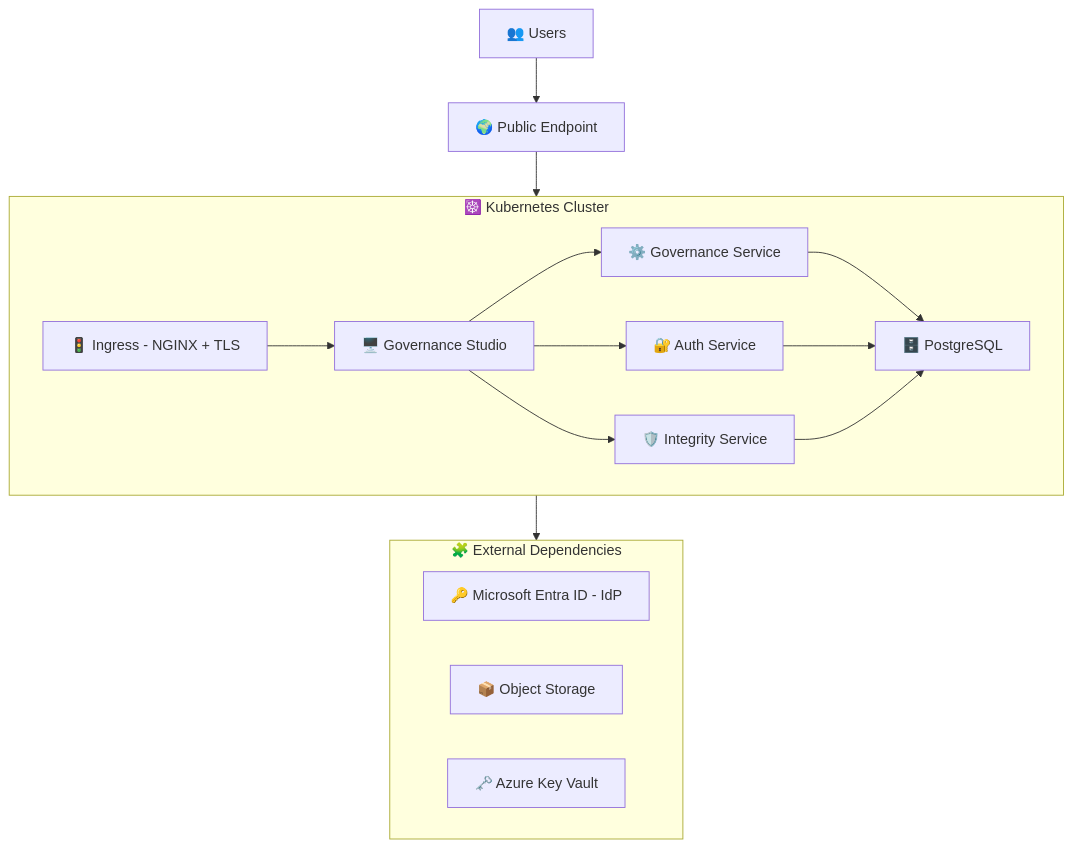
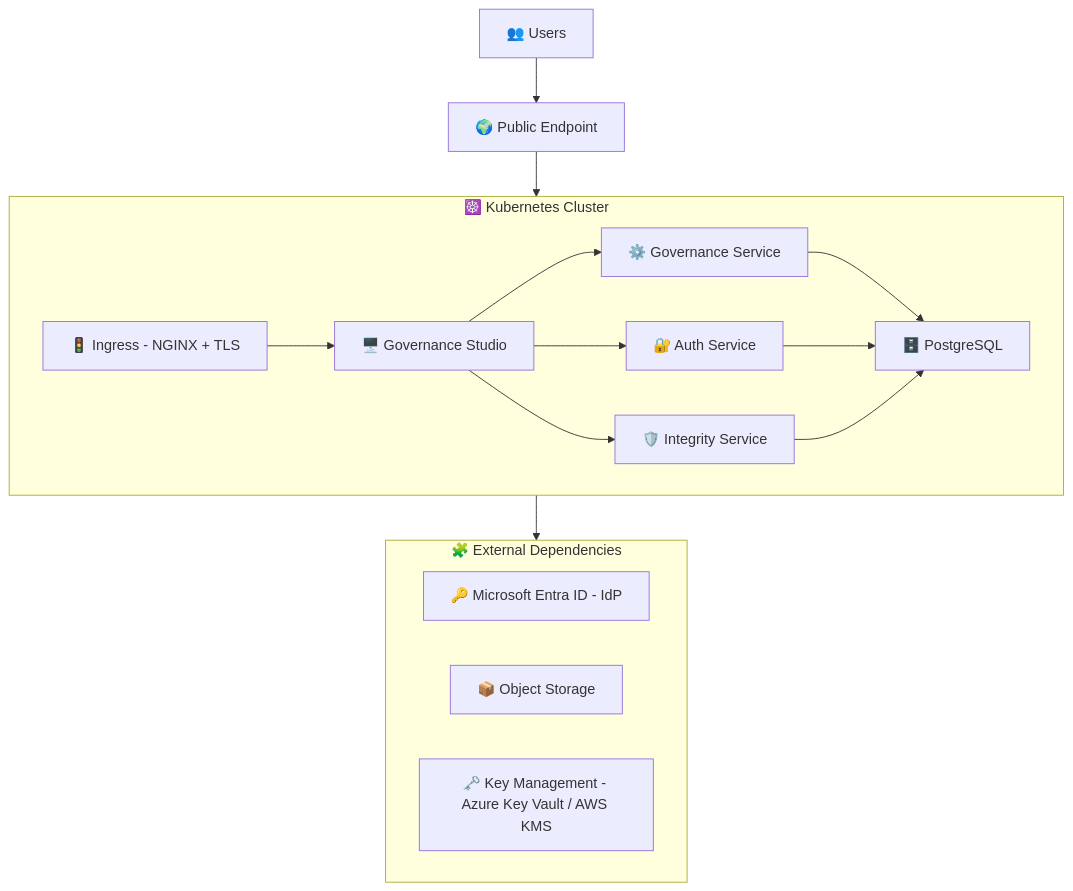
The diagram in docs/deployment-guide-entra.md (eqtylab/deployment), drawn with Mermaid before and after one commit. The commit also changed other lines of this file and 35 other files, not shown here.

````diff
--- a/docs/deployment-guide-entra.md
+++ b/docs/deployment-guide-entra.md
@@ -29,26 +29,26 @@
 ```mermaid
 flowchart TD
 
   A[👥 Users] --> PE[🌍 Public Endpoint]
   PE --> K8s
 
   subgraph K8s[☸️ Kubernetes Cluster]
     I[🚦 Ingress - NGINX + TLS] --> GS[🖥️ Governance Studio]
 
     GS --> GSV[⚙️ Governance Service]
     GS --> AUTH[🔐 Auth Service]
     GS --> INT[🛡️ Integrity Service]
 
     GSV --> DB[🗄️ PostgreSQL]
     AUTH --> DB
     INT --> DB
   end
 
   subgraph EXT[🧩 External Dependencies]
     ENTRA[🔑 Microsoft Entra ID - IdP]
     OS[📦 Object Storage]
-    KV[🗝️ Azure Key Vault]
+    KM[🗝️ Key Management - Azure Key Vault / AWS KMS]
   end
 
   K8s --> EXT
 ```
````
